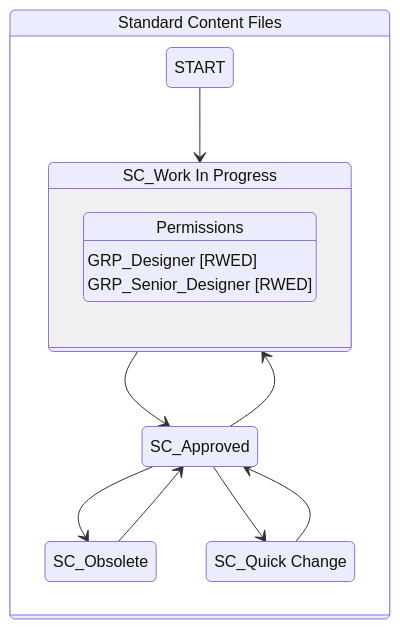
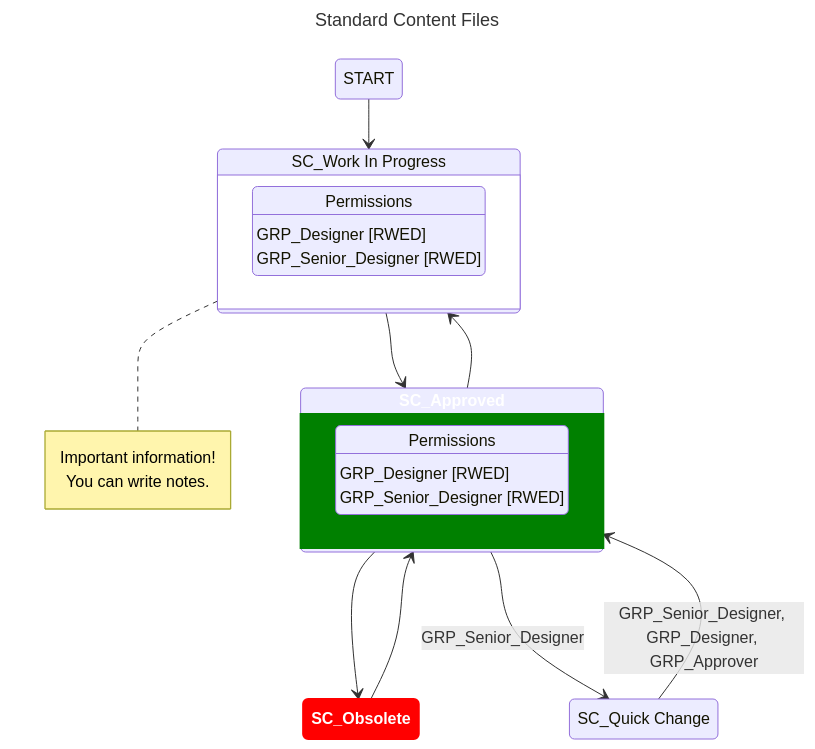
Before and after one commit to nick-hall-cadpro/autodesk-vault-zabbix: the diagram in Documenter.md, drawn with Mermaid.

````diff
--- a/Documenter.md
+++ b/Documenter.md
@@ -5,27 +5,45 @@
 ```mermaid
+---
+title: Standard Content Files
+---
 stateDiagram-v2
-state "Standard Content Files" as LifeCycle {
 
-State0: START
-State1: SC_Work In Progress
-State2: SC_Approved
-State3: SC_Obsolete
-State4: SC_Quick Change
-Permissions1: Permissions
-Permissions1: GRP_Designer [RWED]
-Permissions1: GRP_Senior_Designer [RWED]
+classDef obsolete fill:red,color:white,font-weight:bold,stroke-width:2px,stroke:red
+classDef approved fill:green,color:white,font-weight:bold,stroke-width:2px,stroke:green
 
-State0 --> State1
-State1 --> State2
-State2 --> State1
-State2 --> State3
-State2 --> State4
-State3 --> State2
-State4 --> State2
+  State0: START
+  State1: SC_Work In Progress
+  State2: SC_Approved
+  State3: SC_Obsolete
+  State4: SC_Quick Change
 
-state State1 {
-	Permissions1
-}
+  class State2 approved
+  class State3 obsolete
 
-}
+  Permissions1: Permissions
+  Permissions1: GRP_Designer [RWED]
+  Permissions1: GRP_Senior_Designer [RWED]
+  Permissions2: Permissions
+  Permissions2: GRP_Designer [RWED]
+  Permissions2: GRP_Senior_Designer [RWED]
+  
+  State0 --> State1
+  State1 --> State2
+  State2 --> State1
+  State2 --> State3
+  State2 --> State4: GRP_Senior_Designer
+  State3 --> State2
+  State4 --> State2: GRP_Senior_Designer, GRP_Designer, GRP_Approver  
+
+  state State1 {
+  	Permissions1
+  }
+  state State2 {
+  	Permissions2
+  }
+
+  note right of State1
+    Important information!
+    You can write notes.
+    end note
 ```
````
